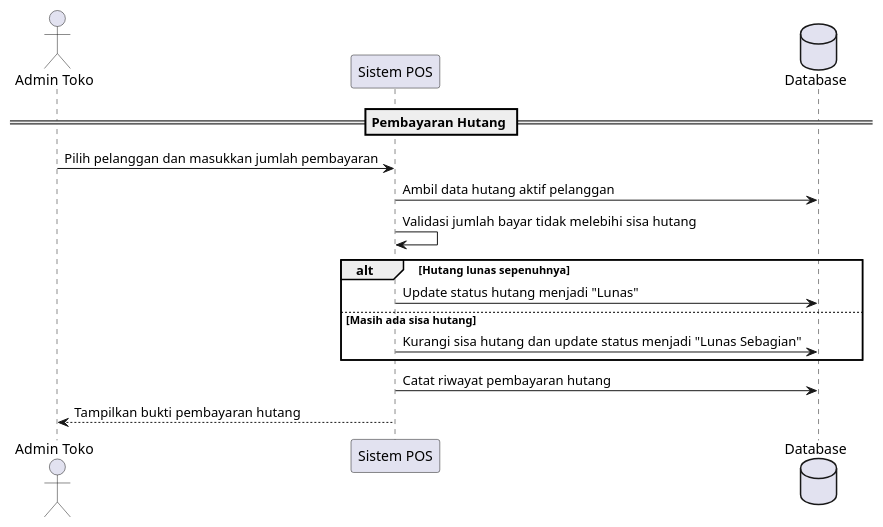
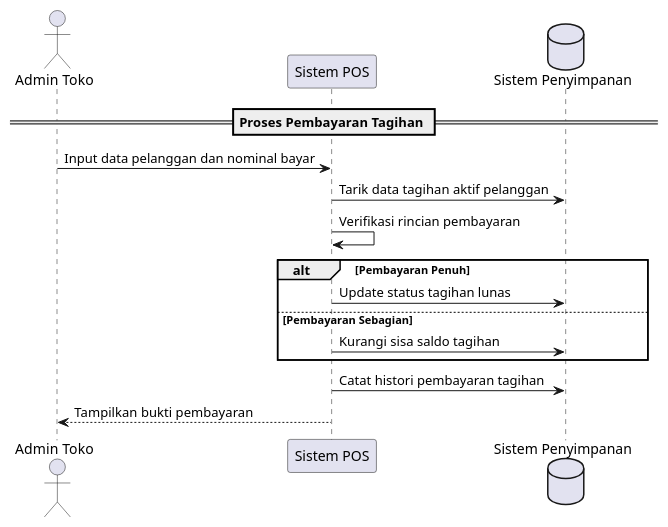
The diagram in docs/uml-sequence-debt.puml (Aditiarzky/pos-app), drawn with PlantUML before and after one commit. The commit also changed 21 other files, not shown here.

```diff
--- a/docs/uml-sequence-debt.puml
+++ b/docs/uml-sequence-debt.puml
@@ -1,19 +1,19 @@
 @startuml
 actor "Admin Toko" as Admin
 participant "Sistem POS" as App
-database "Database" as DB
+database "Sistem Penyimpanan" as DB
 
-== Pembayaran Hutang ==
-Admin -> App: Pilih pelanggan dan masukkan jumlah pembayaran
-App -> DB: Ambil data hutang aktif pelanggan
-App -> App: Validasi jumlah bayar tidak melebihi sisa hutang
+== Proses Pembayaran Tagihan ==
+Admin -> App: Input data pelanggan dan nominal bayar
+App -> DB: Tarik data tagihan aktif pelanggan
+App -> App: Verifikasi rincian pembayaran
 
-alt Hutang lunas sepenuhnya
-  App -> DB: Update status hutang menjadi "Lunas"
-else Masih ada sisa hutang
-  App -> DB: Kurangi sisa hutang dan update status menjadi "Lunas Sebagian"
+alt Pembayaran Penuh
+  App -> DB: Update status tagihan lunas
+else Pembayaran Sebagian
+  App -> DB: Kurangi sisa saldo tagihan
 end
 
-App -> DB: Catat riwayat pembayaran hutang
-App --> Admin: Tampilkan bukti pembayaran hutang
+App -> DB: Catat histori pembayaran tagihan
+App --> Admin: Tampilkan bukti pembayaran
 @enduml
```
